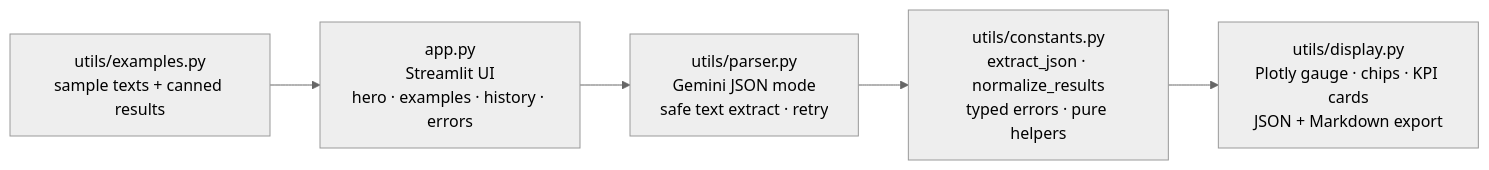
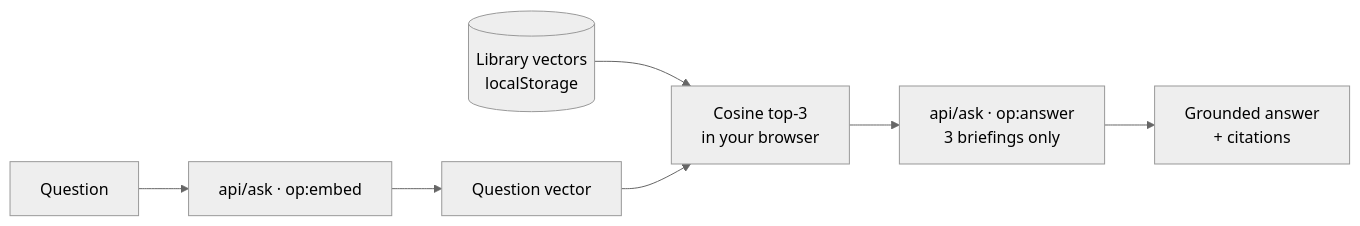
Before and after one commit to KiritoH4Z3/signal-ai-parser: the diagram in README.md, drawn with Mermaid (neutral theme). The commit also changed other lines of this file and 3 other files, not shown here.

````diff
--- a/README.md
+++ b/README.md
@@ -47,7 +51,9 @@
 ```mermaid
 flowchart LR
-    A[app.py<br/>Streamlit UI<br/>hero · examples · history · errors] --> B[utils/parser.py<br/>Gemini JSON mode<br/>safe text extract · retry]
-    B --> C[utils/constants.py<br/>extract_json · normalize_results<br/>typed errors · pure helpers]
-    C --> D[utils/display.py<br/>Plotly gauge · chips · KPI cards<br/>JSON + Markdown export]
-    E[utils/examples.py<br/>sample texts + canned results] --> A
+    A[Question] --> B[api/ask · op:embed]
+    B --> C[Question vector]
+    E[(Library vectors<br/>localStorage)] --> D
+    C --> D[Cosine top-3<br/>in your browser]
+    D --> F[api/ask · op:answer<br/>3 briefings only]
+    F --> G[Grounded answer<br/>+ citations]
 ```
````
